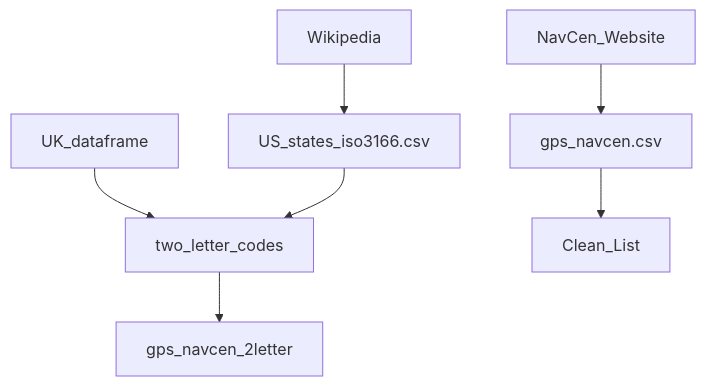
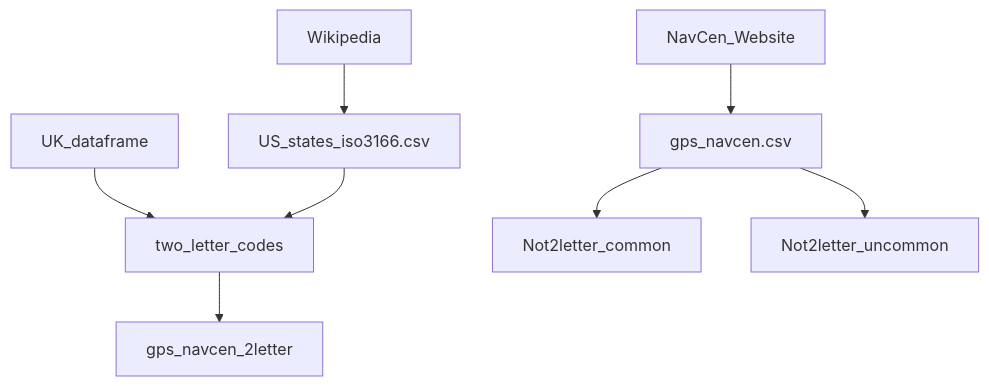
The diagram in README.md (stelios-c/GPS_analysis), drawn with Mermaid before and after one commit.

````diff
--- a/README.md
+++ b/README.md
@@ -6,9 +6,10 @@
 ```mermaid
 graph TD;
     NavCen_Website-->gps_navcen.csv;
     Wikipedia--> US_states_iso3166.csv;
     UK_dataframe--> two_letter_codes;
     US_states_iso3166.csv--> two_letter_codes;
-    gps_navcen.csv-->Clean_List;
     two_letter_codes-->gps_navcen_2letter;
+    gps_navcen.csv-->Not2letter_common;
+    gps_navcen.csv-->Not2letter_uncommon;
  ```
````
